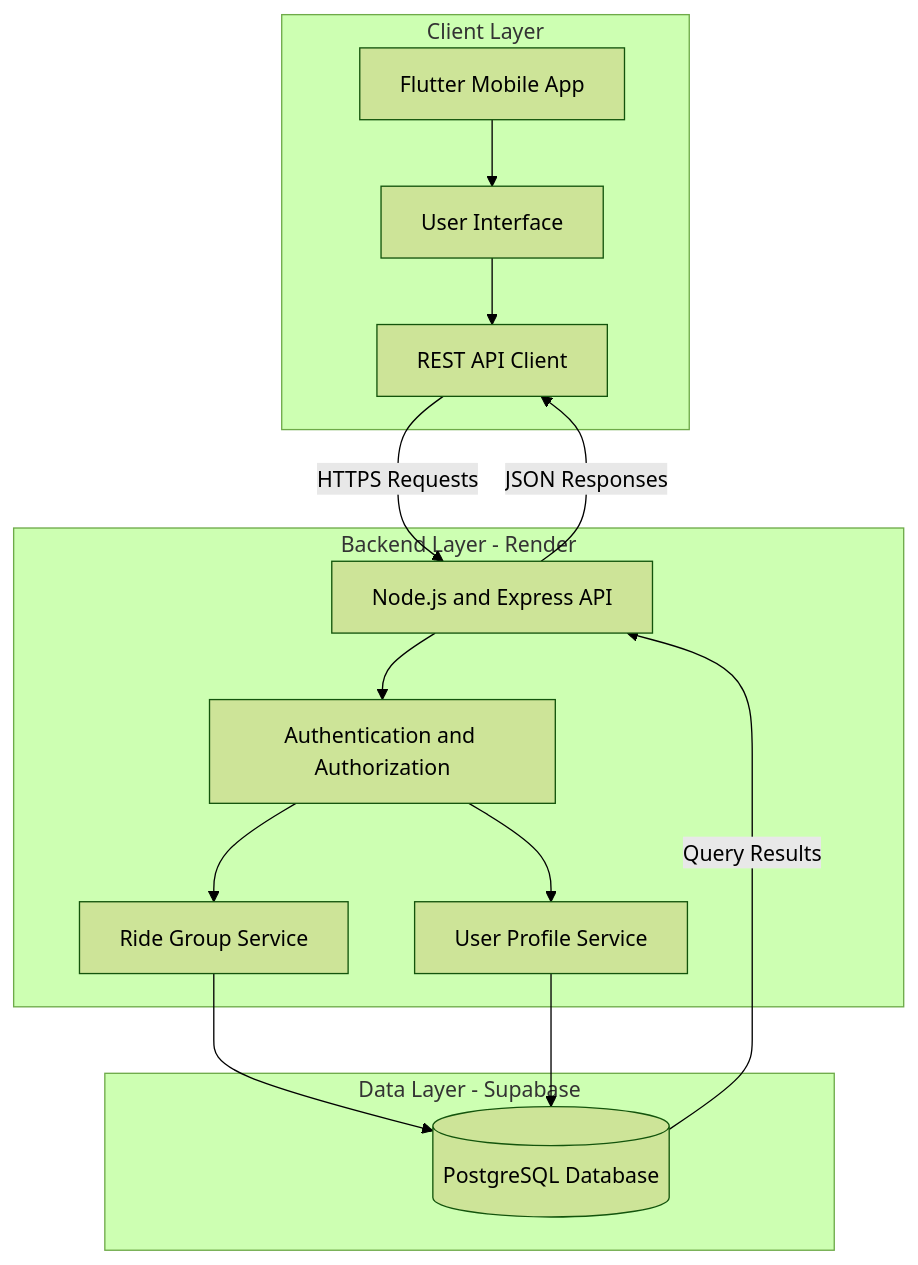
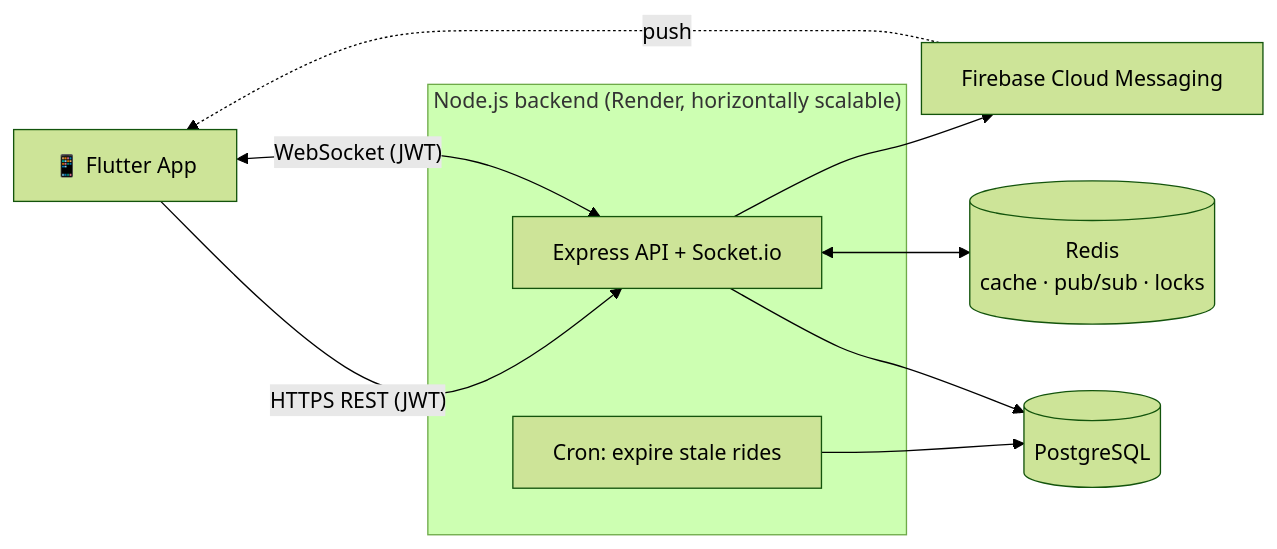
The diagram in README.md (Thilak-K2121/AutoMate), drawn with Mermaid (forest theme) before and after one commit. The commit also changed other lines of this file and 5 other files, not shown here.

Commit message:
docs: rewrite README with screenshots, architecture, API and setup

````diff
--- a/README.md
+++ b/README.md
@@ -48,31 +42,14 @@
 ```mermaid
-flowchart TD
-    subgraph CLIENT["Client Layer"]
-        APP["Flutter Mobile App"]
-        UI["User Interface"]
-        API_CLIENT["REST API Client"]
+flowchart LR
+    APP["📱 Flutter App"] -- "HTTPS REST (JWT)" --> API
+    APP <-- "WebSocket (JWT)" --> API
+    subgraph Backend["Node.js backend (Render, horizontally scalable)"]
+        API["Express API + Socket.io"]
+        CRON["Cron: expire stale rides"]
     end
-
-    subgraph BACKEND["Backend Layer - Render"]
-        API["Node.js and Express API"]
-        AUTH["Authentication and Authorization"]
-        RIDE["Ride Group Service"]
-        PROFILE["User Profile Service"]
-    end
-
-    subgraph DATABASE["Data Layer - Supabase"]
-        DB[("PostgreSQL Database")]
-    end
-
-    APP --> UI
-    UI --> API_CLIENT
-    API_CLIENT -->|"HTTPS Requests"| API
-    API --> AUTH
-    AUTH --> RIDE
-    AUTH --> PROFILE
-    RIDE --> DB
-    PROFILE --> DB
-
-    DB -->|"Query Results"| API
-    API -->|"JSON Responses"| API_CLIENT
+    API --> PG[("PostgreSQL")]
+    API <--> REDIS[("Redis<br/>cache · pub/sub · locks")]
+    CRON --> PG
+    API --> FCM["Firebase Cloud Messaging"]
+    FCM -. push .-> APP
 ```
````
